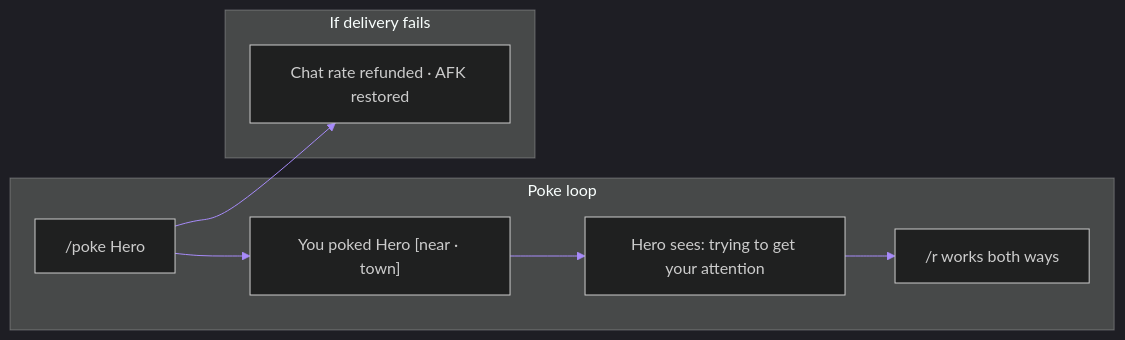
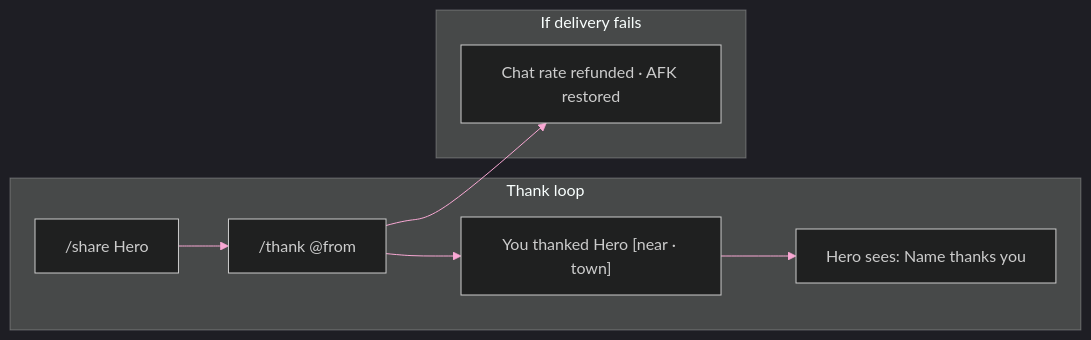
The second of 8 diagrams in README.md (00xnova/dq1_mmo), drawn with Mermaid before and after one commit. The commit also changed other lines of this file and 3 other files, not shown here.

````diff
--- a/README.md
+++ b/README.md
@@ -251,12 +252,12 @@
 ```mermaid
-%%{init: {'theme': 'dark', 'themeVariables': { 'primaryColor': '#4c1d95', 'primaryTextColor': '#ede9fe', 'lineColor': '#a78bfa', 'secondaryColor': '#1e293b'}}}%%
+%%{init: {'theme': 'dark', 'themeVariables': { 'primaryColor': '#831843', 'primaryTextColor': '#fce7f3', 'lineColor': '#f9a8d4', 'secondaryColor': '#1e293b'}}}%%
 flowchart LR
-  subgraph poke ["Poke loop"]
-    P1["/poke Hero"] --> P2["You poked Hero [near · town]"]
-    P2 --> P3["Hero sees: trying to get your attention"]
-    P3 --> P4["/r works both ways"]
+  subgraph thank ["Thank loop"]
+    S["/share Hero"] --> T["/thank @from"]
+    T --> U["You thanked Hero [near · town]"]
+    U --> V["Hero sees: Name thanks you"]
   end
   subgraph fail ["If delivery fails"]
-    P1 --> F["Chat rate refunded · AFK restored"]
+    T --> F["Chat rate refunded · AFK restored"]
   end
 ```
````
